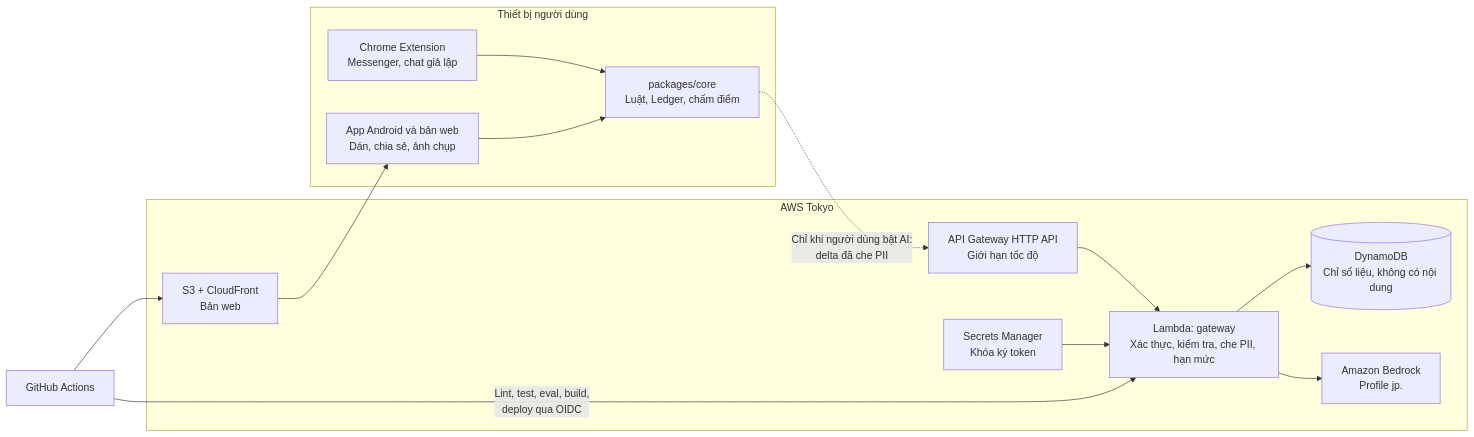
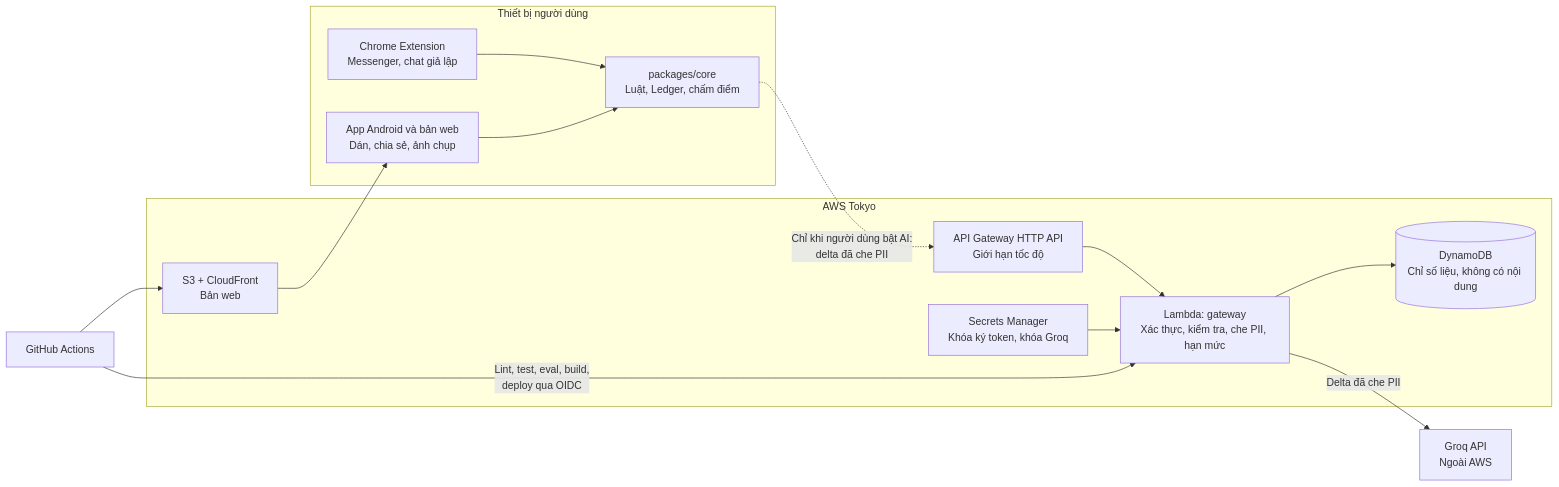
One commit to RenoMSD/Hackathon_SafeChatAI changed the diagram in docs/03_KIEN_TRUC_MUC_TIEU.md. Above: the diagram before and after it, drawn with Mermaid. The commit also changed other lines of this file and 23 other files, not shown here.

First line of the commit message:
Chuyển sang Groq: công cụ đo, schema trong prompt, chặn chạy nhầm check

````diff
--- a/docs/03_KIEN_TRUC_MUC_TIEU.md
+++ b/docs/03_KIEN_TRUC_MUC_TIEU.md
@@ -60,28 +54,29 @@
 ```mermaid
 flowchart LR
   subgraph Device["Thiết bị người dùng"]
     EXT["Chrome Extension<br/>Messenger, chat giả lập"]
     WEB["App Android và bản web<br/>Dán, chia sẻ, ảnh chụp"]
     CORE["packages/core<br/>Luật, Ledger, chấm điểm"]
     EXT --> CORE
     WEB --> CORE
   end
 
   subgraph AWS["AWS Tokyo"]
     APIGW["API Gateway HTTP API<br/>Giới hạn tốc độ"]
     GW["Lambda: gateway<br/>Xác thực, kiểm tra, che PII, hạn mức"]
     DB[("DynamoDB<br/>Chỉ số liệu, không có nội dung")]
-    SM["Secrets Manager<br/>Khóa ký token"]
-    LLM["Amazon Bedrock<br/>Profile jp."]
+    SM["Secrets Manager<br/>Khóa ký token, khóa Groq"]
     STATIC["S3 + CloudFront<br/>Bản web"]
     APIGW --> GW
     GW --> DB
     SM --> GW
-    GW --> LLM
   end
+
+  LLM["Groq API<br/>Ngoài AWS"]
+  GW -->|"Delta đã che PII"| LLM
 
   CORE -. "Chỉ khi người dùng bật AI:<br/>delta đã che PII" .-> APIGW
   STATIC --> WEB
   GH["GitHub Actions"] -->|"Lint, test, eval, build,<br/>deploy qua OIDC"| GW
   GH --> STATIC
 ```
````
